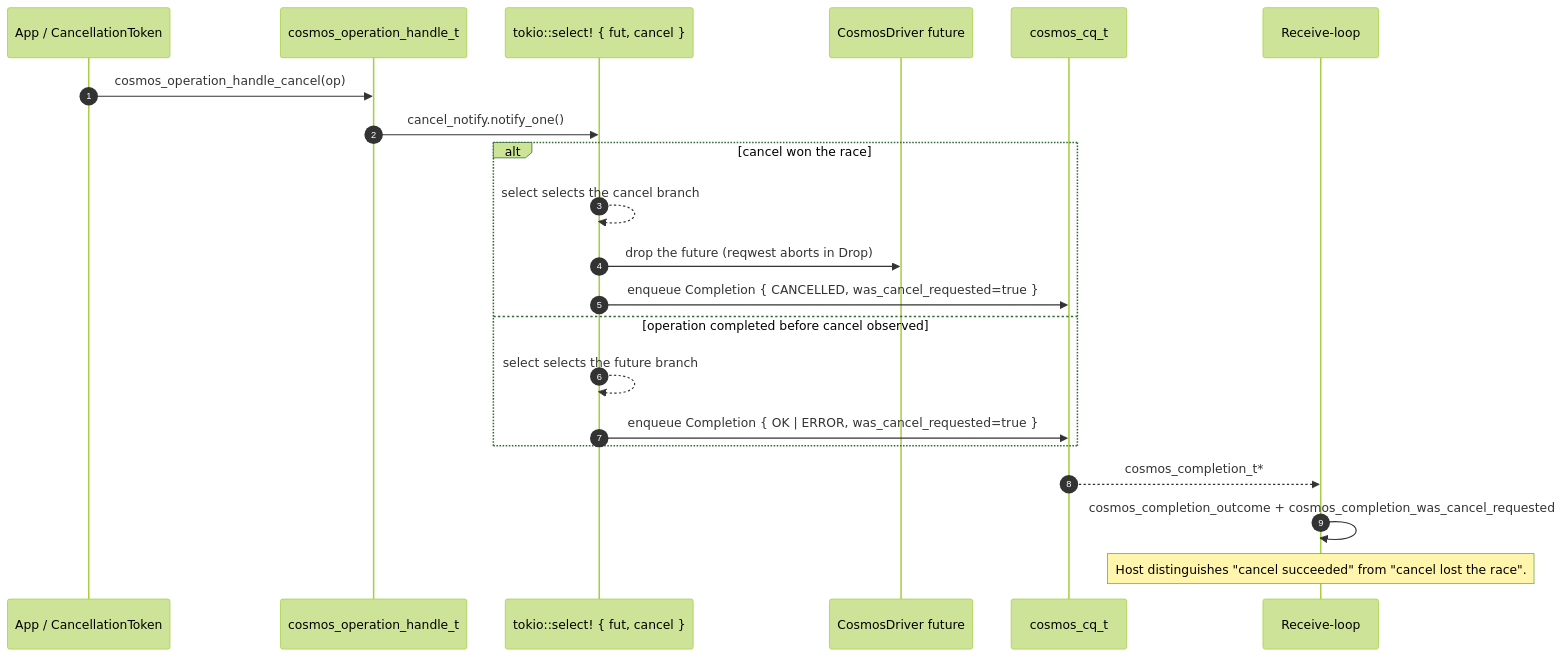
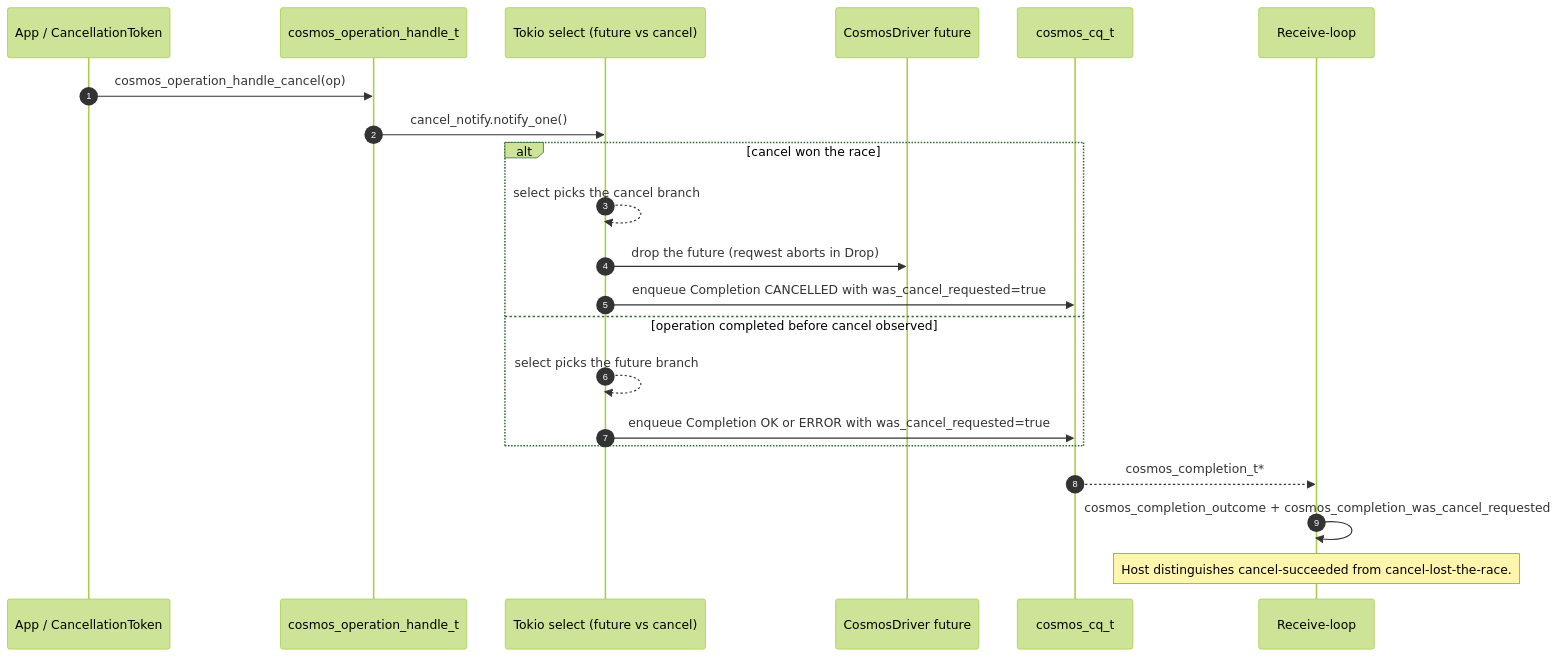
The fourth of 6 diagrams in sdk/cosmos/azure_data_cosmos_driver/docs/ASYNC_INVOCATION_ARCHITECTURE.md (Azure/azure-sdk-for-rust), drawn with Mermaid (forest theme) before and after one commit. The commit also changed other lines of this file, not shown here.

````diff
--- a/sdk/cosmos/azure_data_cosmos_driver/docs/ASYNC_INVOCATION_ARCHITECTURE.md
+++ b/sdk/cosmos/azure_data_cosmos_driver/docs/ASYNC_INVOCATION_ARCHITECTURE.md
@@ -210,24 +210,24 @@
 ```mermaid
 sequenceDiagram
     autonumber
     participant App as App / CancellationToken
     participant OH as cosmos_operation_handle_t
-    participant Sel as tokio::select! { fut, cancel }
+    participant Sel as Tokio select (future vs cancel)
     participant Drv as CosmosDriver future
     participant CQ as cosmos_cq_t
     participant Rcv as Receive-loop
 
     App->>OH: cosmos_operation_handle_cancel(op)
     OH->>Sel: cancel_notify.notify_one()
     alt cancel won the race
-        Sel-->>Sel: select selects the cancel branch
+        Sel-->>Sel: select picks the cancel branch
         Sel->>Drv: drop the future (reqwest aborts in Drop)
-        Sel->>CQ: enqueue Completion { CANCELLED, was_cancel_requested=true }
+        Sel->>CQ: enqueue Completion CANCELLED with was_cancel_requested=true
     else operation completed before cancel observed
-        Sel-->>Sel: select selects the future branch
-        Sel->>CQ: enqueue Completion { OK | ERROR, was_cancel_requested=true }
+        Sel-->>Sel: select picks the future branch
+        Sel->>CQ: enqueue Completion OK or ERROR with was_cancel_requested=true
     end
     CQ-->>Rcv: cosmos_completion_t*
     Rcv->>Rcv: cosmos_completion_outcome + cosmos_completion_was_cancel_requested
-    Note over Rcv: Host distinguishes "cancel succeeded" from "cancel lost the race".
+    Note over Rcv: Host distinguishes cancel-succeeded from cancel-lost-the-race.
 ```
````
